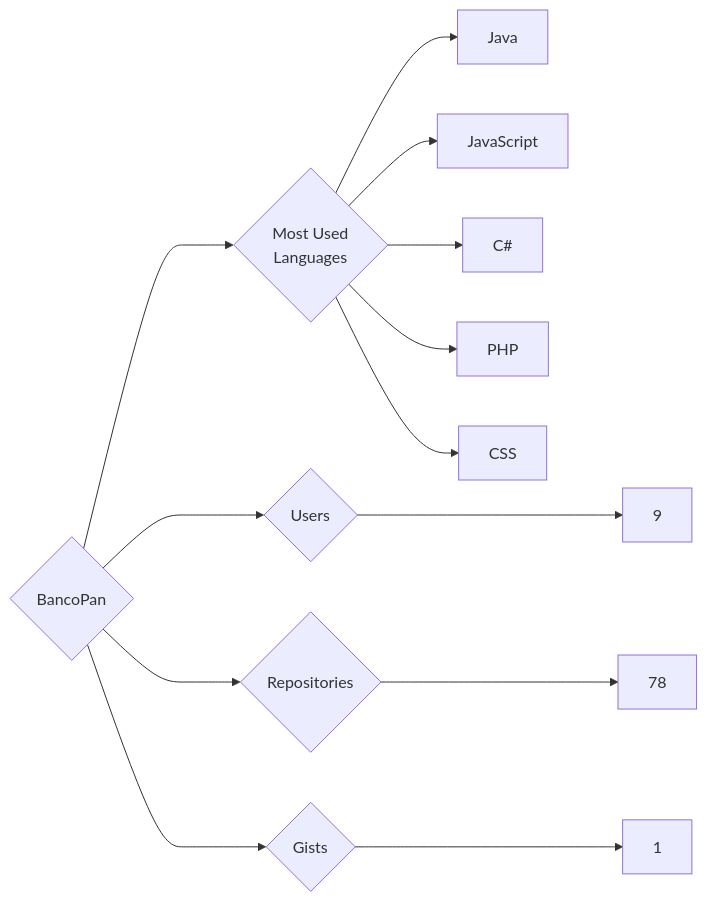
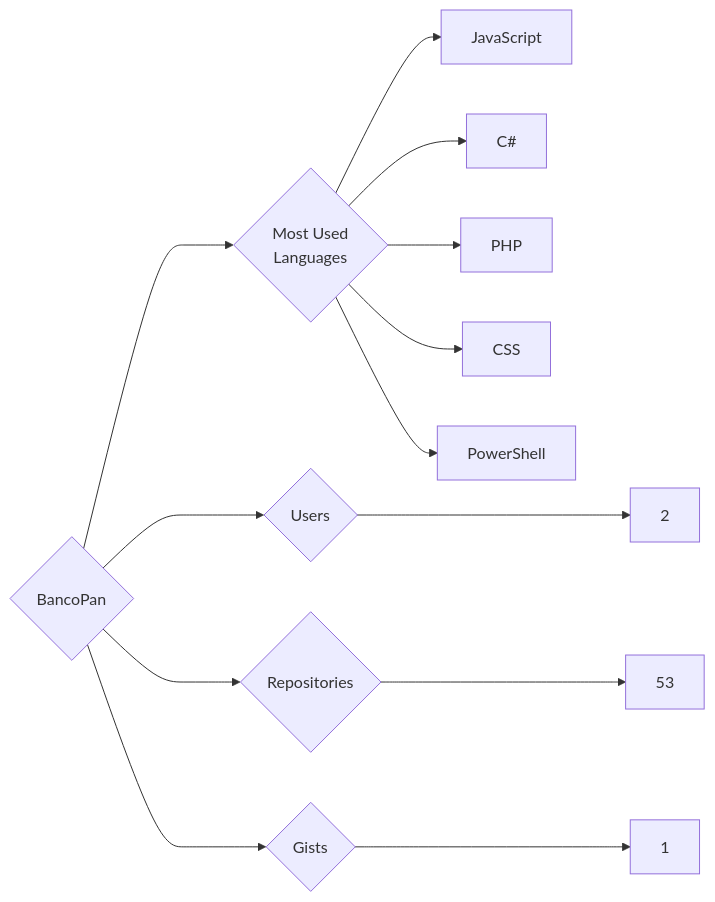
Before and after one commit to trickest/insiders: the diagram in targets/BancoPan/README.md, drawn with Mermaid. The commit also changed 1036 other files, not shown here.

````diff
--- a/targets/BancoPan/README.md
+++ b/targets/BancoPan/README.md
@@ -3,13 +3,13 @@
 ```mermaid
 graph LR
 COMPANY_NAME{BancoPan}
-COMPANY_NAME ---> U{Users} ---> UN[9]
-COMPANY_NAME ---> R{Repositories} ---> RN[78]
+COMPANY_NAME ---> U{Users} ---> UN[2]
+COMPANY_NAME ---> R{Repositories} ---> RN[53]
 COMPANY_NAME ---> G{Gists} ---> GN[1]
 COMPANY_NAME ---> ML{Most Used<br>Languages}
-ML --> Java[Java]
 ML --> JavaScript[JavaScript]
 ML --> C#[C#]
 ML --> PHP[PHP]
 ML --> CSS[CSS]
+ML --> PowerShell[PowerShell]
 ```
````
